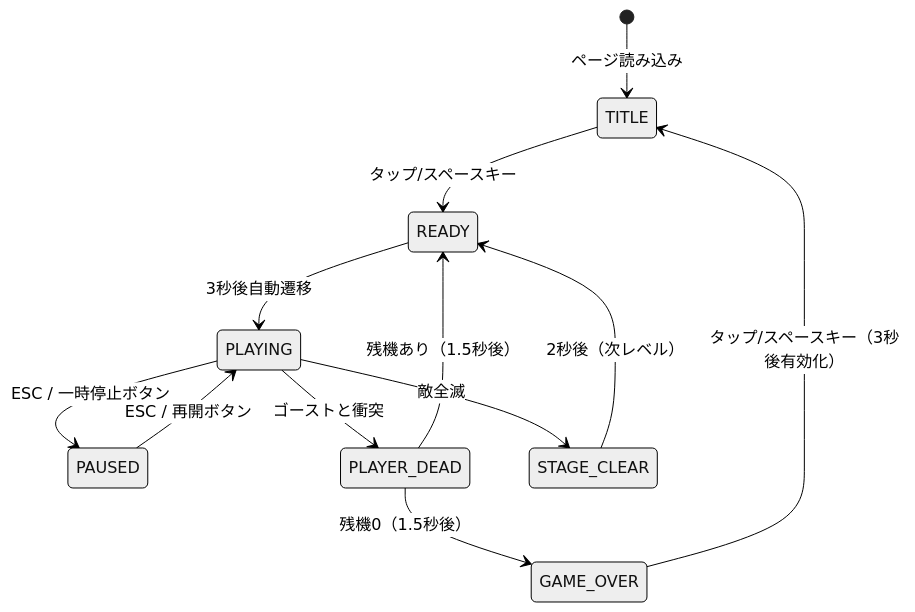
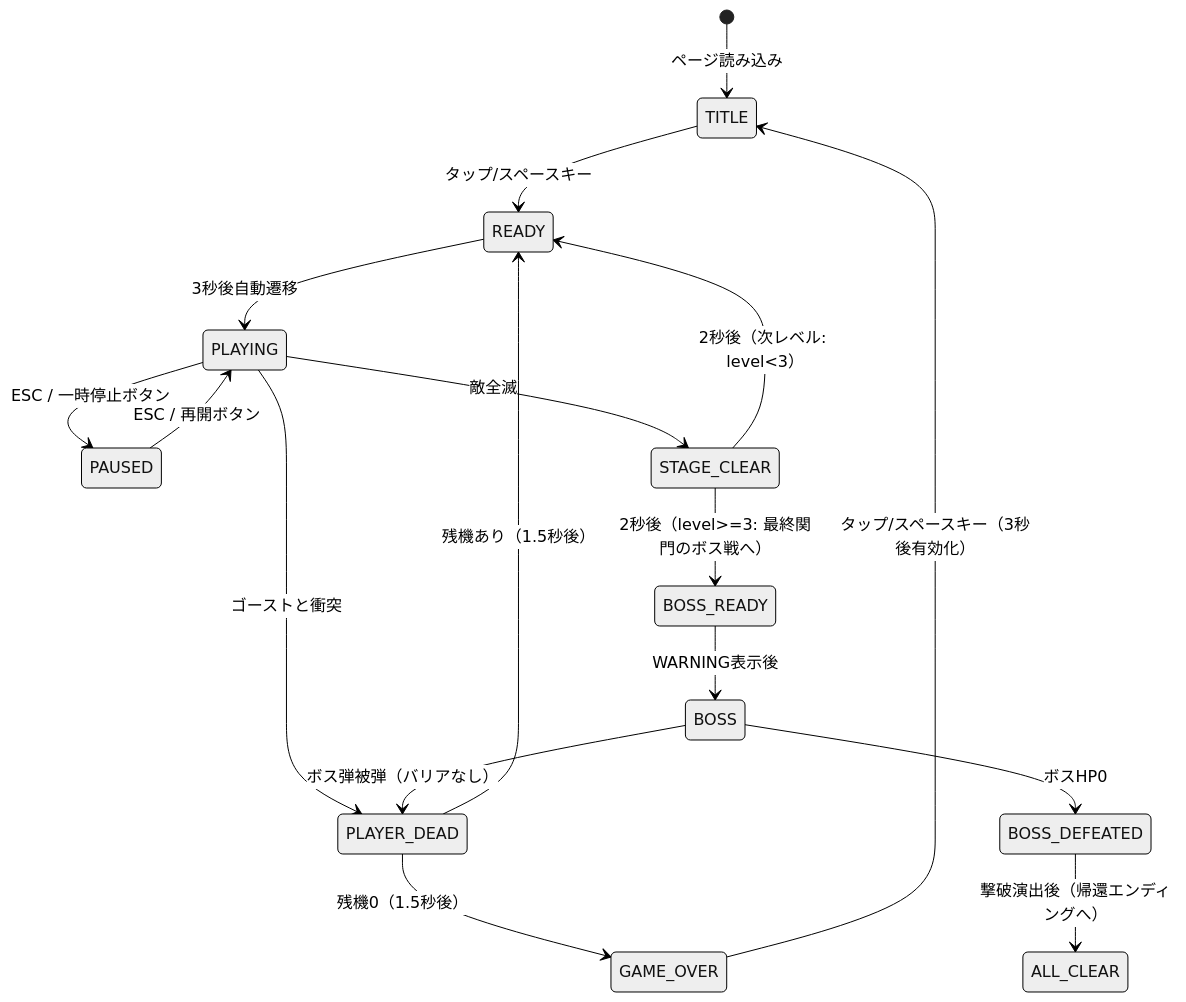
The third of 3 diagrams in docs/functional-design.md (n-yata/maze-runner), drawn with Mermaid (neutral theme) before and after one commit. The commit also changed other lines of this file and 14 other files, not shown here.

````diff
--- a/docs/functional-design.md
+++ b/docs/functional-design.md
@@ -527,20 +530,26 @@
 ```mermaid
 stateDiagram-v2
     [*] --> TITLE: ページ読み込み
 
     TITLE --> READY: タップ/スペースキー
 
     READY --> PLAYING: 3秒後自動遷移
 
     PLAYING --> PAUSED: ESC / 一時停止ボタン
     PAUSED --> PLAYING: ESC / 再開ボタン
 
     PLAYING --> PLAYER_DEAD: ゴーストと衝突
     PLAYER_DEAD --> READY: 残機あり（1.5秒後）
     PLAYER_DEAD --> GAME_OVER: 残機0（1.5秒後）
 
     PLAYING --> STAGE_CLEAR: 敵全滅
-    STAGE_CLEAR --> READY: 2秒後（次レベル）
+    STAGE_CLEAR --> READY: 2秒後（次レベル: level<3）
+    STAGE_CLEAR --> BOSS_READY: 2秒後（level>=3: 最終関門のボス戦へ）
+
+    BOSS_READY --> BOSS: WARNING表示後
+    BOSS --> PLAYER_DEAD: ボス弾被弾（バリアなし）
+    BOSS --> BOSS_DEFEATED: ボスHP0
+    BOSS_DEFEATED --> ALL_CLEAR: 撃破演出後（帰還エンディングへ）
 
     GAME_OVER --> TITLE: タップ/スペースキー（3秒後有効化）
 ```
````
